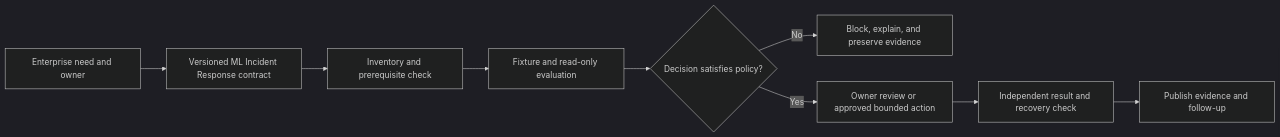
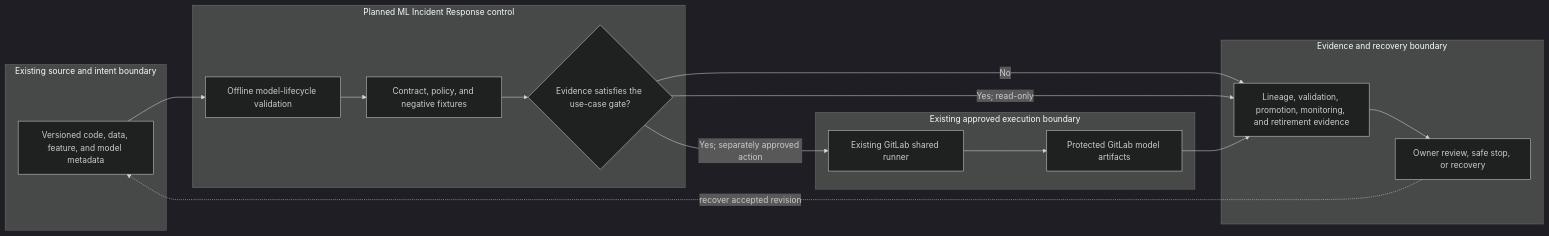
One commit to MIDHTECH/enterprise-architecture-docs changed the diagram in docs/use-cases/mlops/UC-MLOPS-015-ml-incident-response.md. Above: the diagram before and after it, drawn with Mermaid (dark theme). The commit also changed other lines of this file and 227 other files, not shown here.

Commit message:
Deepen architecture for all use case designs

````diff
--- a/docs/use-cases/mlops/UC-MLOPS-015-ml-incident-response.md
+++ b/docs/use-cases/mlops/UC-MLOPS-015-ml-incident-response.md
@@ -136,11 +129,25 @@
 ```mermaid
 flowchart LR
-    Need["Enterprise need and owner"] --> Contract["Versioned ML Incident Response contract"]
-    Contract --> Preflight["Inventory and prerequisite check"]
-    Preflight --> Evaluate["Fixture and read-only evaluation"]
-    Evaluate --> Decision{"Decision satisfies policy?"}
-    Decision -->|No| Stop["Block, explain, and preserve evidence"]
-    Decision -->|Yes| Review["Owner review or approved bounded action"]
-    Review --> Verify["Independent result and recovery check"]
-    Verify --> Publish["Publish evidence and follow-up"]
+    subgraph Source["Existing source and intent boundary"]
+        A["Versioned code, data, feature, and model metadata"]
+    end
+    subgraph Planned["Planned ML Incident Response control"]
+        B["Offline model-lifecycle validation"]
+        C["Contract, policy, and negative fixtures"]
+        D{"Evidence satisfies the use-case gate?"}
+    end
+    subgraph Runtime["Existing approved execution boundary"]
+        E["Existing GitLab shared runner"]
+        F["Protected GitLab model artifacts"]
+    end
+    subgraph Assurance["Evidence and recovery boundary"]
+        G["Lineage, validation, promotion, monitoring, and retirement evidence"]
+        H["Owner review, safe stop, or recovery"]
+    end
+
+    A --> B --> C --> D
+    D -->|No| G --> H
+    D -->|Yes; read-only| G
+    D -->|Yes; separately approved action| E --> F --> G
+    H -. recover accepted revision .-> A
 ```
````
